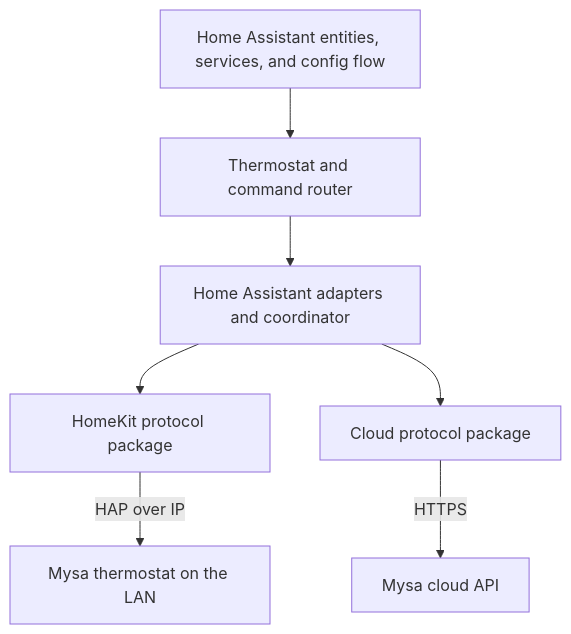
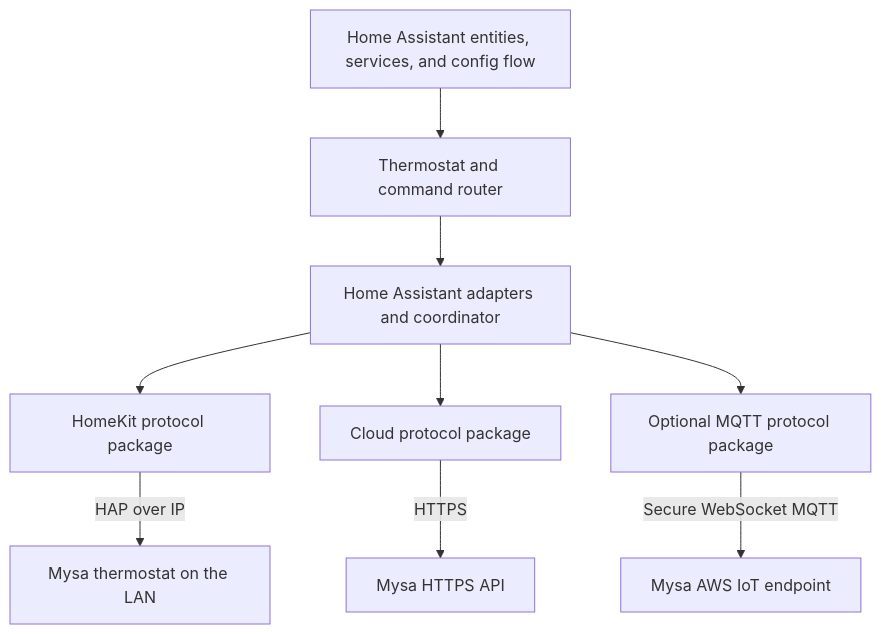
Before and after one commit to SokolskyNikita/mysa-homeassistant: the diagram in docs/architecture.md, drawn with Mermaid. The commit also changed other lines of this file and 26 other files, not shown here.

````diff
--- a/docs/architecture.md
+++ b/docs/architecture.md
@@ -8,17 +8,21 @@
 ```mermaid
 flowchart TD
     E[Home Assistant entities, services, and config flow]
     T[Thermostat and command router]
     HA[Home Assistant adapters and coordinator]
     HK[HomeKit protocol package]
     CL[Cloud protocol package]
+    MQ[Optional MQTT protocol package]
     DEV[Mysa thermostat on the LAN]
-    API[Mysa cloud API]
+    API[Mysa HTTPS API]
+    IOT[Mysa AWS IoT endpoint]
 
     E --> T
     T --> HA
     HA --> HK
     HA --> CL
+    HA --> MQ
     HK -->|HAP over IP| DEV
     CL -->|HTTPS| API
+    MQ -->|Secure WebSocket MQTT| IOT
 ```
````
